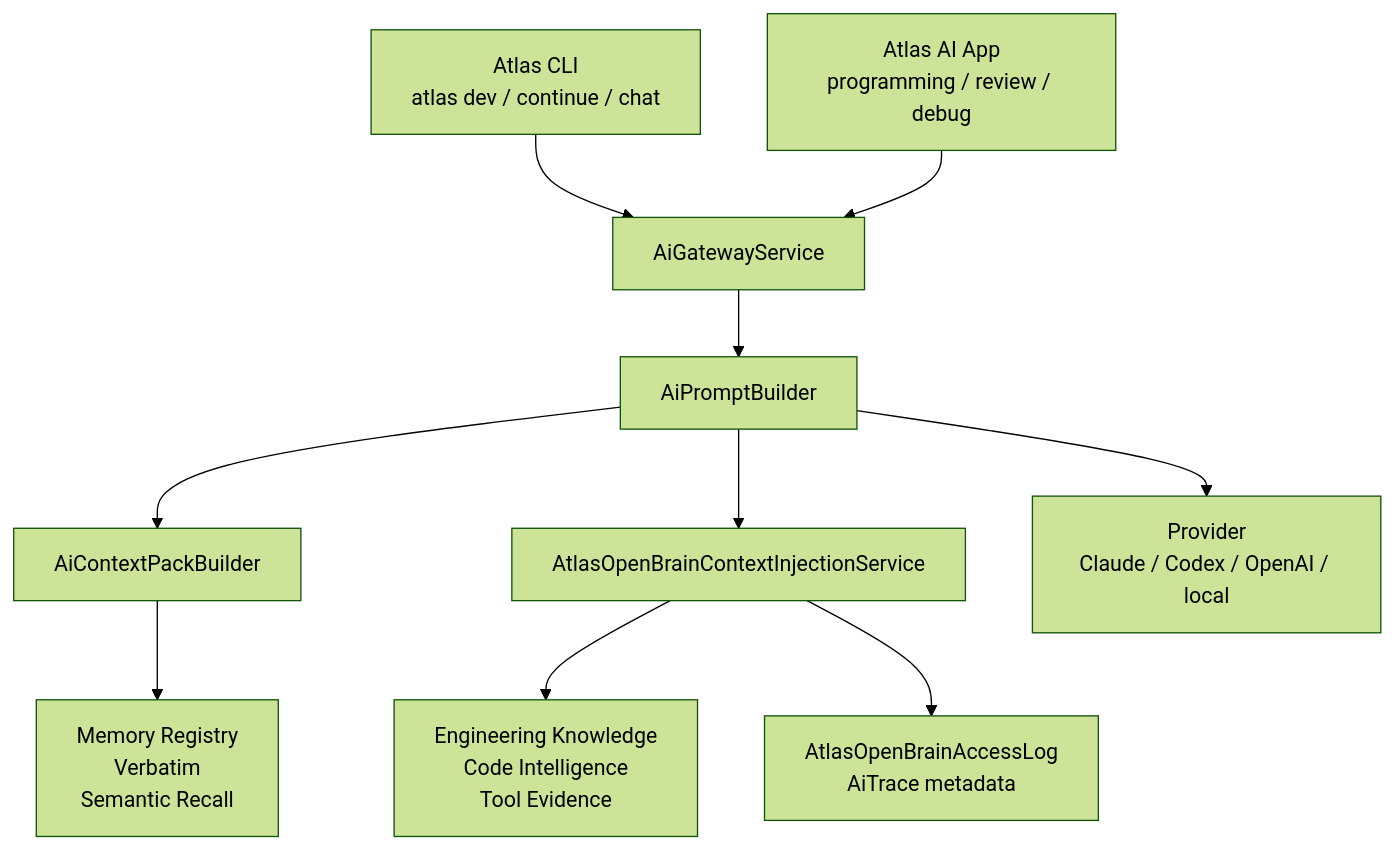
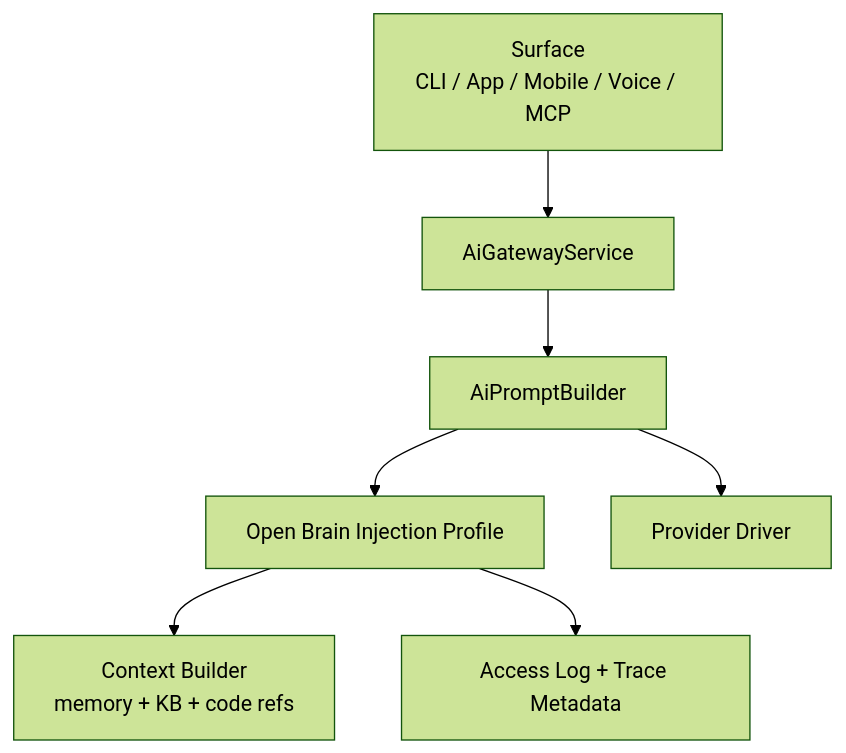
One commit to Vitorepf/atlas-server changed the diagram in docs/engineering-knowledge-base/open-brain-context-injection.md. Above: the diagram before and after it, drawn with Mermaid (forest theme). The commit also changed other lines of this file and 289 other files, not shown here.

````diff
--- a/docs/engineering-knowledge-base/open-brain-context-injection.md
+++ b/docs/engineering-knowledge-base/open-brain-context-injection.md
@@ -118,23 +73,15 @@
 ```mermaid
 flowchart TD
-    CLI["Atlas CLI\natlas dev / continue / chat"]
-    APP["Atlas AI App\nprogramming / review / debug"]
+    SURFACE["Surface\nCLI / App / Mobile / Voice / MCP"]
     GATEWAY["AiGatewayService"]
     PROMPT["AiPromptBuilder"]
-    INJECTOR["AtlasOpenBrainContextInjectionService"]
-    PACK["AiContextPackBuilder"]
-    MEMORY["Memory Registry\nVerbatim\nSemantic Recall"]
-    KB["Engineering Knowledge\nCode Intelligence\nTool Evidence"]
-    AUDIT["AtlasOpenBrainAccessLog\nAiTrace metadata"]
-    PROVIDER["Provider\nClaude / Codex / OpenAI / local"]
+    INJECTION["Open Brain Injection Profile"]
+    CONTEXT["Context Builder\nmemory + KB + code refs"]
+    AUDIT["Access Log + Trace Metadata"]
+    PROVIDER["Provider Driver"]
 
-    CLI --> GATEWAY
-    APP --> GATEWAY
-    GATEWAY --> PROMPT
-    PROMPT --> PACK
-    PROMPT --> INJECTOR
-    PACK --> MEMORY
-    INJECTOR --> KB
-    INJECTOR --> AUDIT
+    SURFACE --> GATEWAY --> PROMPT --> INJECTION
+    INJECTION --> CONTEXT
+    INJECTION --> AUDIT
     PROMPT --> PROVIDER
 ```
````
